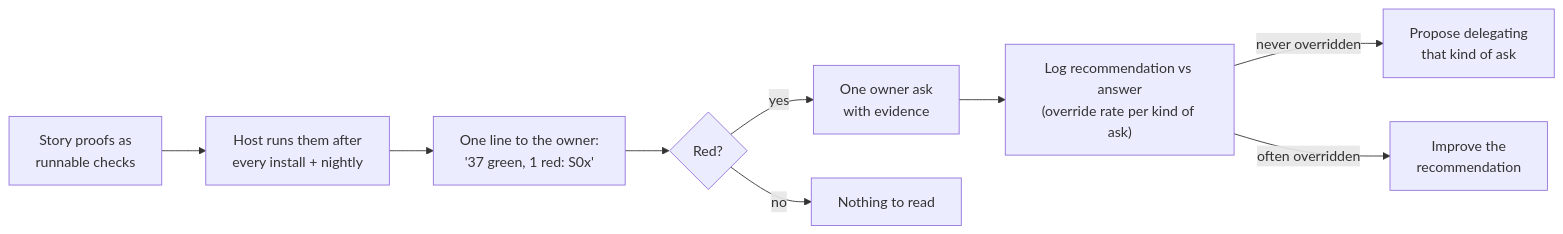
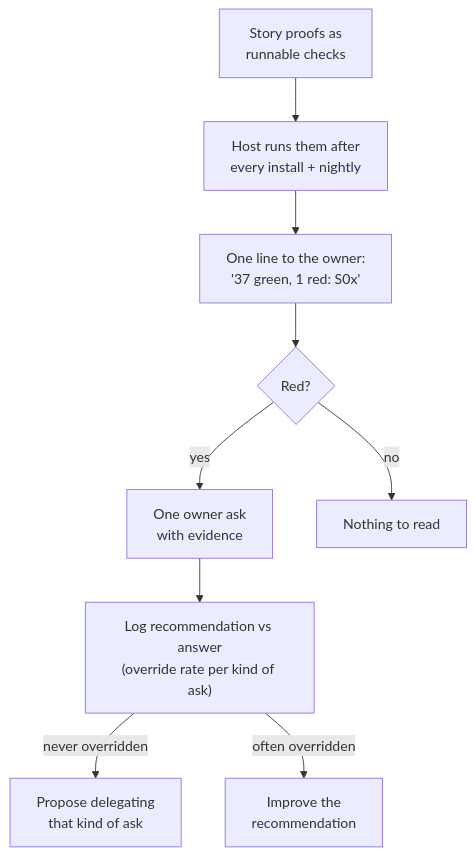
Before and after one commit to thaddeus-growth/Agent-Harness-playbook: the sixth of 6 diagrams in README.md, drawn with Mermaid.

Commit message:
README: evidence-ledger diagram top-down

````diff
--- a/README.md
+++ b/README.md
@@ -211,11 +211,11 @@
 ```mermaid
-flowchart LR
+flowchart TB
     SP["Story proofs as<br/>runnable checks"] --> N["Host runs them after<br/>every install + nightly"]
     N --> L["One line to the owner:<br/>'37 green, 1 red: S0x'"]
     L --> A{"Red?"}
     A -->|yes| Q["One owner ask<br/>with evidence"]
     A -->|no| Z["Nothing to read"]
     Q --> AU["Log recommendation vs answer<br/>(override rate per kind of ask)"]
     AU -->|never overridden| DEL["Propose delegating<br/>that kind of ask"]
     AU -->|often overridden| FIX["Improve the<br/>recommendation"]
 ```
````
